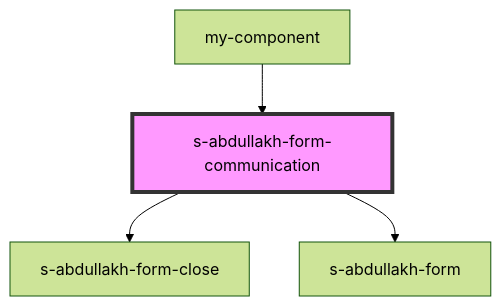
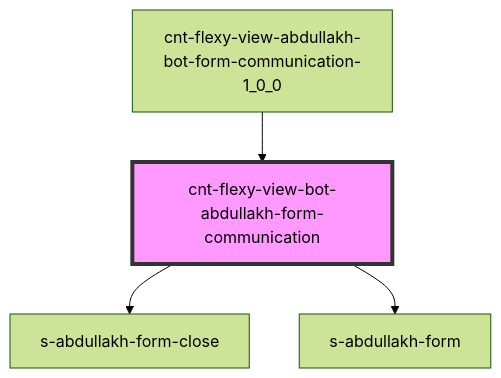
One commit to Wokh-Dada/botdevelopmentapp changed the diagram in src/components/cnt-flexy-view-abdullakh-bot-form-communication-1_0_0/res/view/cnt-flexy-view-bot-abdullakh-form-communication/readme.md. Above: the diagram before and after it, drawn with Mermaid (forest theme). The commit also changed other lines of this file and 138 other files, not shown here.

````diff
--- a/src/components/cnt-flexy-view-abdullakh-bot-form-communication-1_0_0/res/view/cnt-flexy-view-bot-abdullakh-form-communication/readme.md
+++ b/src/components/cnt-flexy-view-abdullakh-bot-form-communication-1_0_0/res/view/cnt-flexy-view-bot-abdullakh-form-communication/readme.md
@@ -34,7 +34,7 @@
 ```mermaid
 graph TD;
-  s-abdullakh-form-communication --> s-abdullakh-form-close
-  s-abdullakh-form-communication --> s-abdullakh-form
-  my-component --> s-abdullakh-form-communication
-  style s-abdullakh-form-communication fill:#f9f,stroke:#333,stroke-width:4px
+  cnt-flexy-view-bot-abdullakh-form-communication --> s-abdullakh-form-close
+  cnt-flexy-view-bot-abdullakh-form-communication --> s-abdullakh-form
+  cnt-flexy-view-abdullakh-bot-form-communication-1_0_0 --> cnt-flexy-view-bot-abdullakh-form-communication
+  style cnt-flexy-view-bot-abdullakh-form-communication fill:#f9f,stroke:#333,stroke-width:4px
 ```
````
